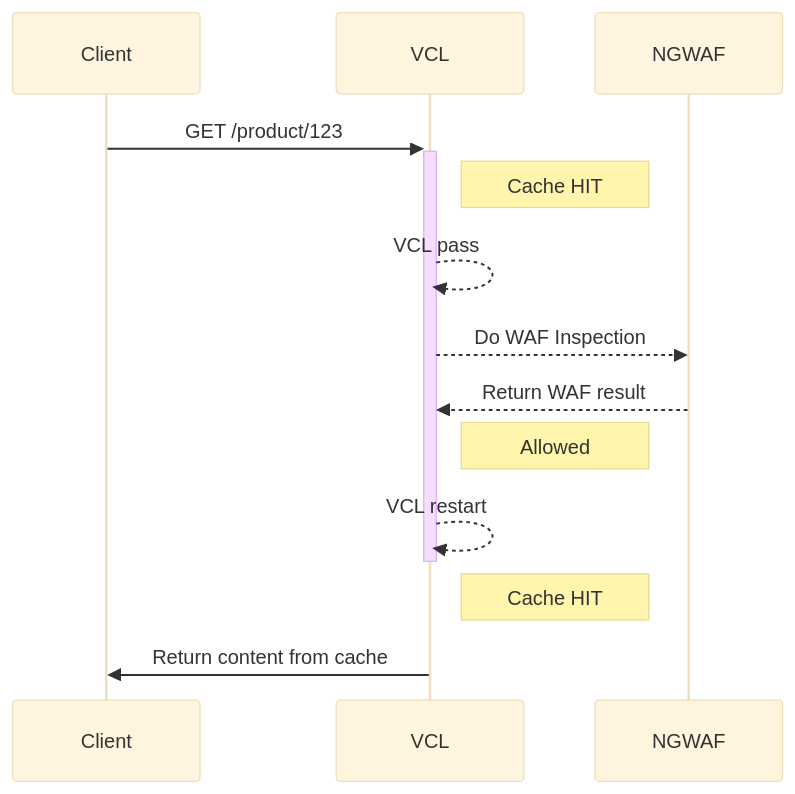
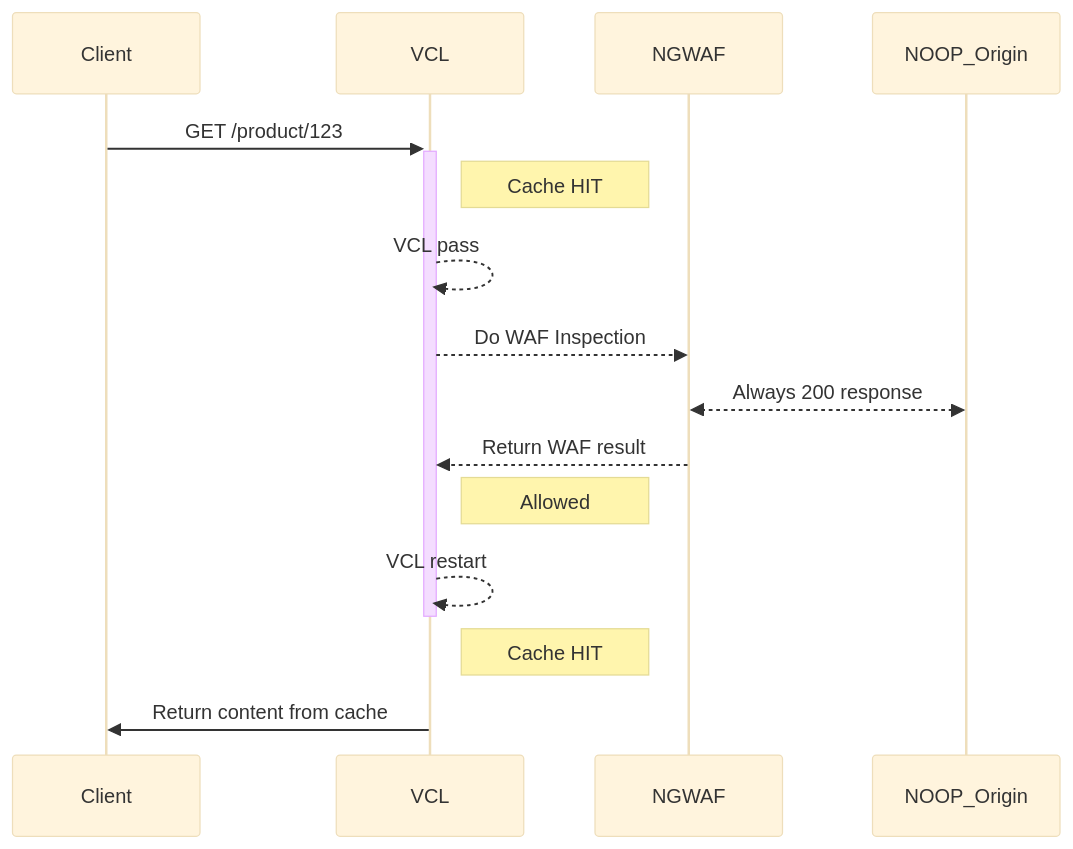
Before and after one commit to fastly/security-use-cases: the second of 2 diagrams in protect-cached-content/README.md, drawn with Mermaid (base theme).

````diff
--- a/protect-cached-content/README.md
+++ b/protect-cached-content/README.md
@@ -30,13 +30,14 @@
 ```mermaid
 sequenceDiagram
     Client->>+VCL: GET /product/123
     Note right of VCL: Cache HIT
     VCL-->>VCL: VCL pass
     VCL-->>NGWAF: Do WAF Inspection
+    NGWAF<<-->>NOOP_Origin: Always 200 response
     NGWAF-->>VCL: Return WAF result
     Note right of VCL: Allowed
     VCL-->>-VCL: VCL restart
     Note right of VCL: Cache HIT
     VCL->>Client: Return content from cache
     
 ```
````
